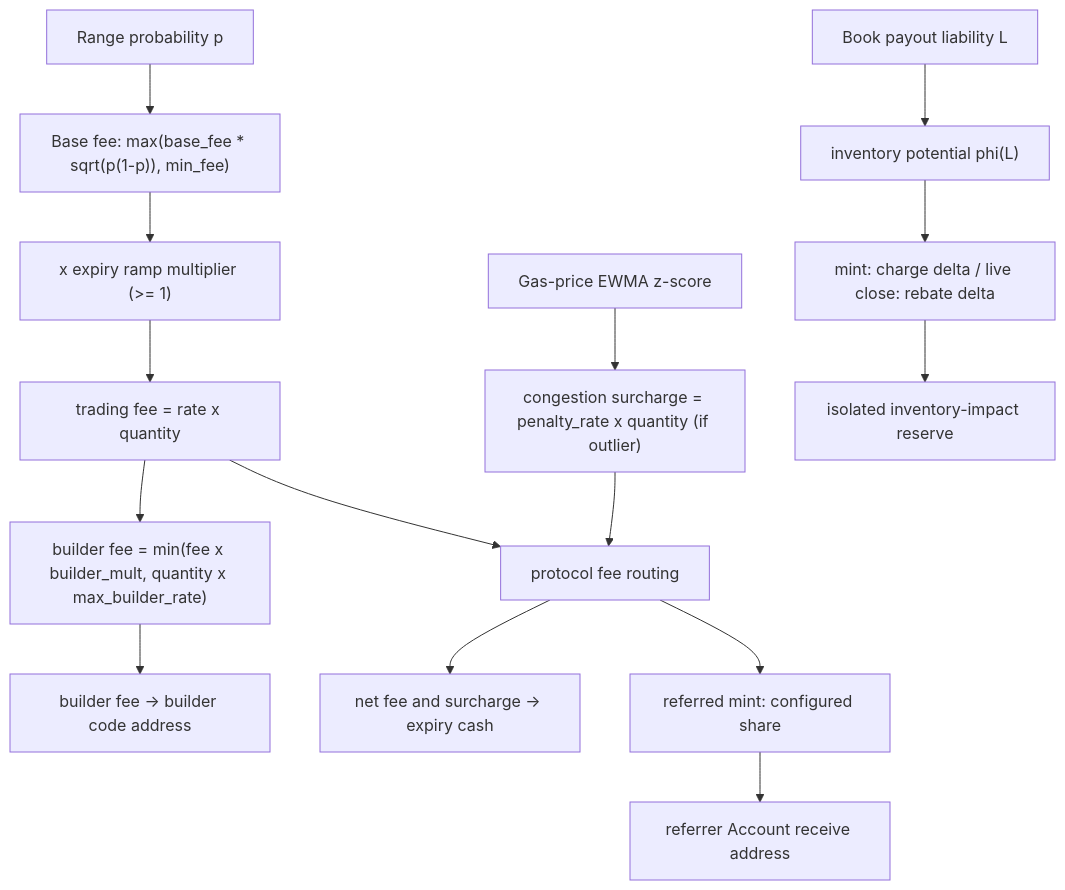
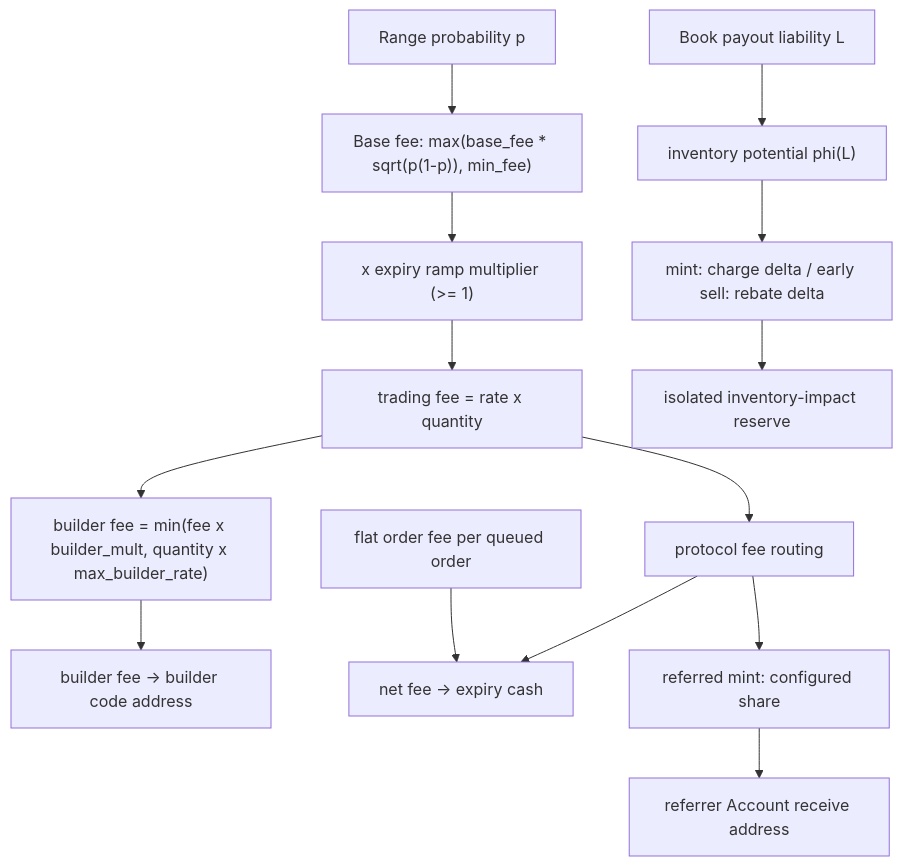
The diagram in packages/predict/docs/concepts/fees-and-rebates.md (MystenLabs/deepbookv3), drawn with Mermaid before and after one commit. The commit also changed other lines of this file and 12 other files, not shown here.

````diff
--- a/packages/predict/docs/concepts/fees-and-rebates.md
+++ b/packages/predict/docs/concepts/fees-and-rebates.md
@@ -184,17 +185,16 @@
 ```mermaid
 flowchart TD
     P[Range probability p] --> BF["Base fee: max(base_fee * sqrt(p(1-p)), min_fee)"]
     BF --> RAMP["x expiry ramp multiplier (>= 1)"]
     RAMP --> FEE[trading fee = rate x quantity]
     FEE --> BUILD["builder fee = min(fee x builder_mult, quantity x max_builder_rate)"]
-    GAS[Gas-price EWMA z-score] --> CONG["congestion surcharge = penalty_rate x quantity (if outlier)"]
     BUILD --> BUILDER[builder fee -> builder code address]
     FEE --> ROUTE[protocol fee routing]
-    CONG --> ROUTE
-    ROUTE --> COLLECT[net fee and surcharge -> expiry cash]
+    ROUTE --> COLLECT[net fee -> expiry cash]
+    ORDERFEE[flat order fee per queued order] --> COLLECT
     ROUTE --> REF[referred mint: configured share]
     REF --> RACCOUNT[referrer Account receive address]
     L[Book payout liability L] --> PHI["inventory potential phi(L)"]
-    PHI --> IMPACT["mint: charge delta / live close: rebate delta"]
+    PHI --> IMPACT["mint: charge delta / early sell: rebate delta"]
     IMPACT --> IRESERVE[isolated inventory-impact reserve]
 ```
````
